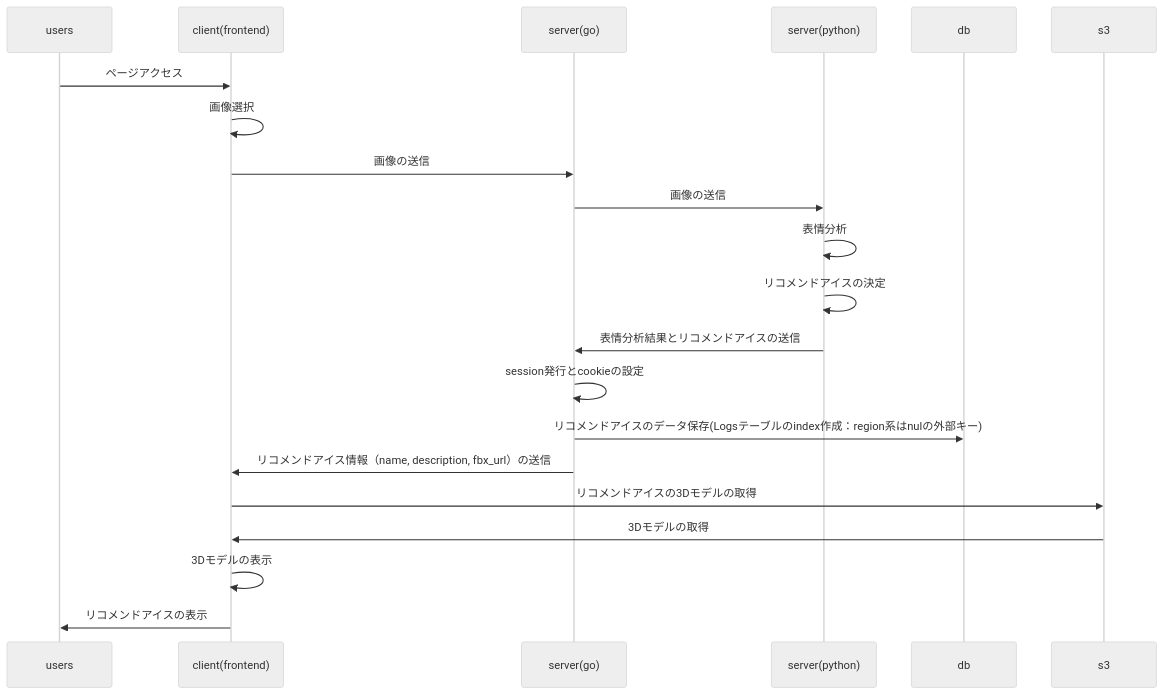
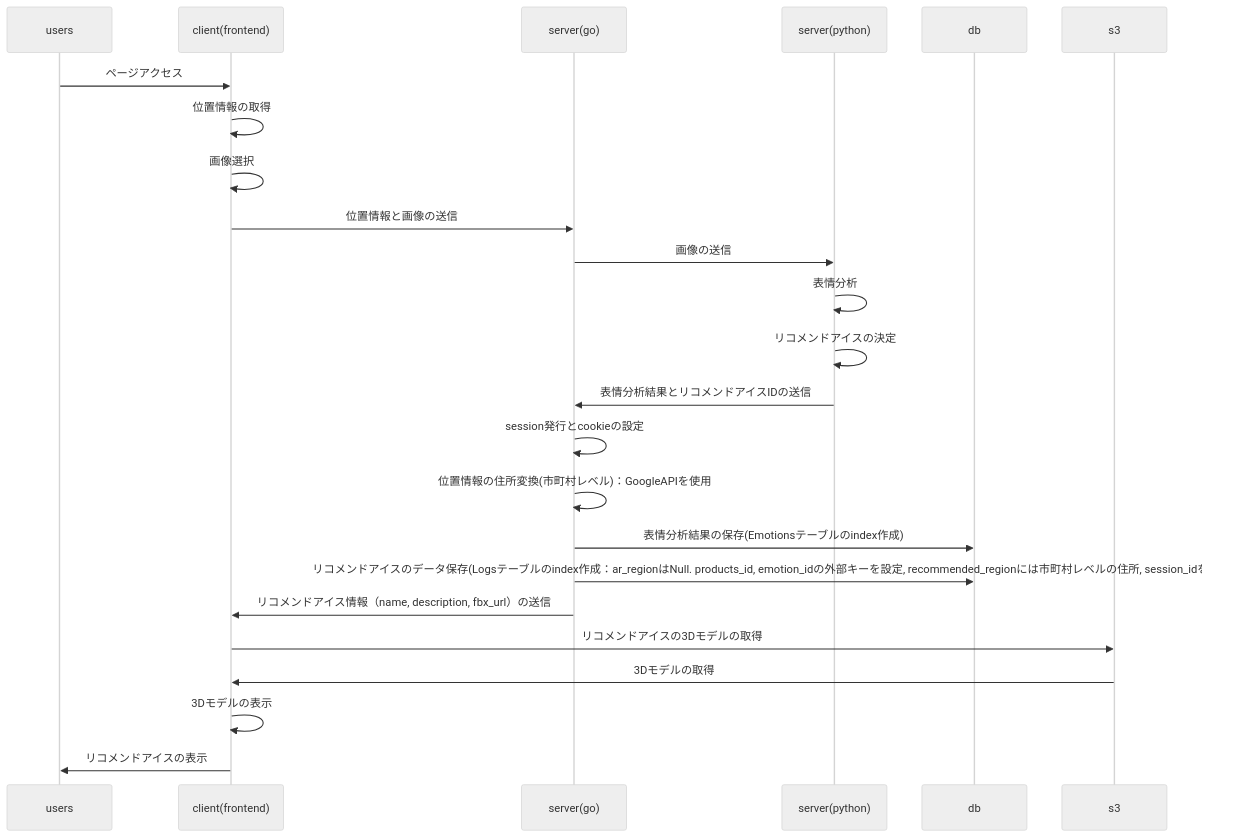
The first of 2 diagrams in docs/architecture/sequence_diagrams.md (JavaLangRuntimeException/mltest), drawn with Mermaid (neutral theme) before and after one commit. The commit also changed other lines of this file and 10 other files, not shown here.

````diff
--- a/docs/architecture/sequence_diagrams.md
+++ b/docs/architecture/sequence_diagrams.md
@@ -3,24 +3,27 @@
 ```mermaid
 sequenceDiagram
   participant users
   participant client(frontend)
   participant server(go)
   participant server(python)
   participant db
   participant s3 
       
   users->>client(frontend): ページアクセス
+  client(frontend)->>client(frontend): 位置情報の取得
   client(frontend)->>client(frontend): 画像選択
-  client(frontend)->>server(go): 画像の送信
+  client(frontend)->>server(go): 位置情報と画像の送信
   server(go)->>server(python): 画像の送信
   server(python)->>server(python): 表情分析
   server(python)->>server(python): リコメンドアイスの決定
-  server(python)->>server(go): 表情分析結果とリコメンドアイスの送信
+  server(python)->>server(go): 表情分析結果とリコメンドアイスIDの送信
   server(go)->>server(go): session発行とcookieの設定
-  server(go)->>db: リコメンドアイスのデータ保存(Logsテーブルのindex作成：region系はnulの外部キー)
+  server(go)->>server(go): 位置情報の住所変換(市町村レベル)：GoogleAPIを使用
+  server(go)->>db: 表情分析結果の保存(Emotionsテーブルのindex作成)
+  server(go)->>db: リコメンドアイスのデータ保存(Logsテーブルのindex作成：ar_regionはNull. products_id, emotion_idの外部キーを設定, recommended_regionには市町村レベルの住所, session_idを設定)
   server(go)->>client(frontend): リコメンドアイス情報（name, description, fbx_url）の送信
   client(frontend)->>s3: リコメンドアイスの3Dモデルの取得
   s3->>client(frontend): 3Dモデルの取得
   client(frontend)->>client(frontend): 3Dモデルの表示
   client(frontend)->>users: リコメンドアイスの表示
 ```
````
